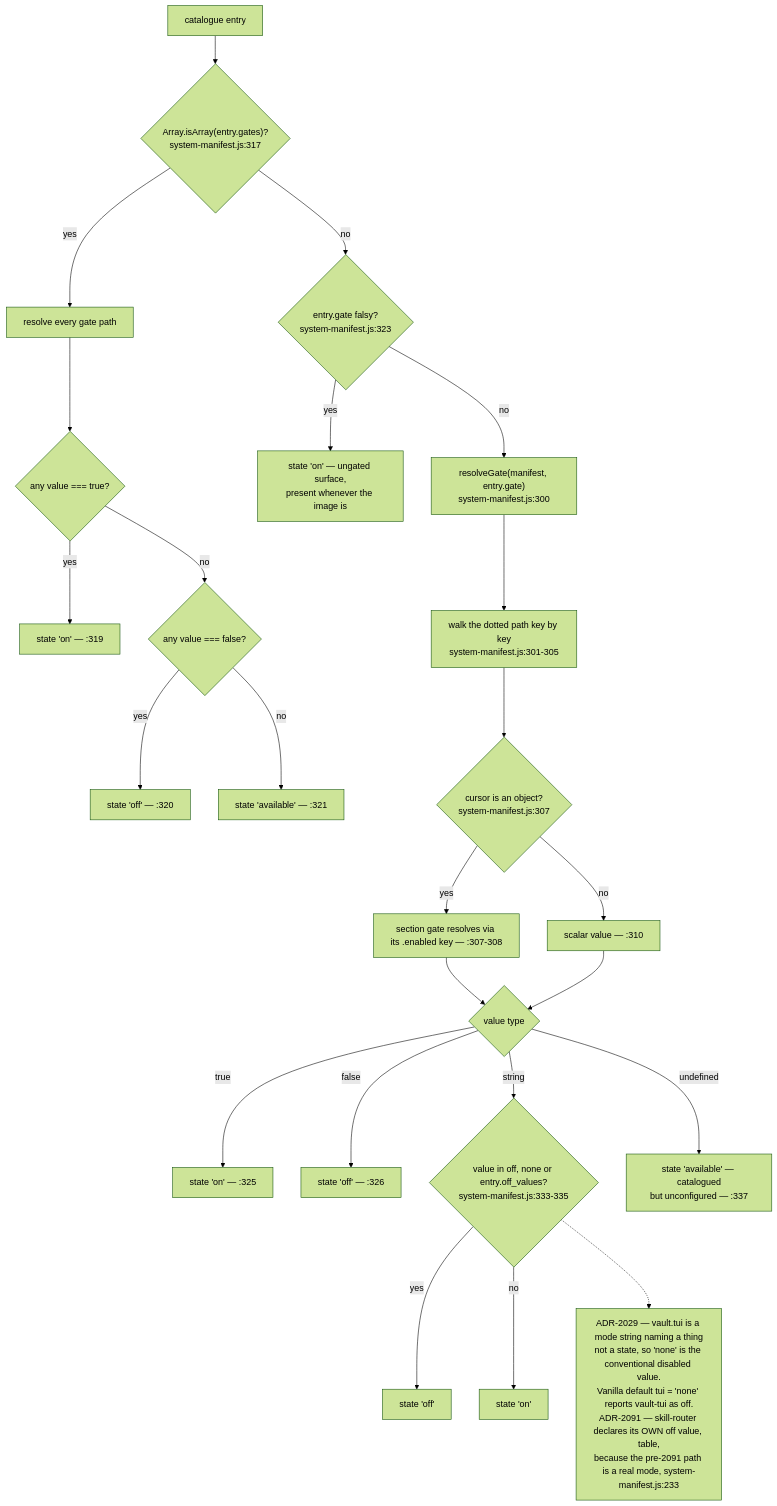
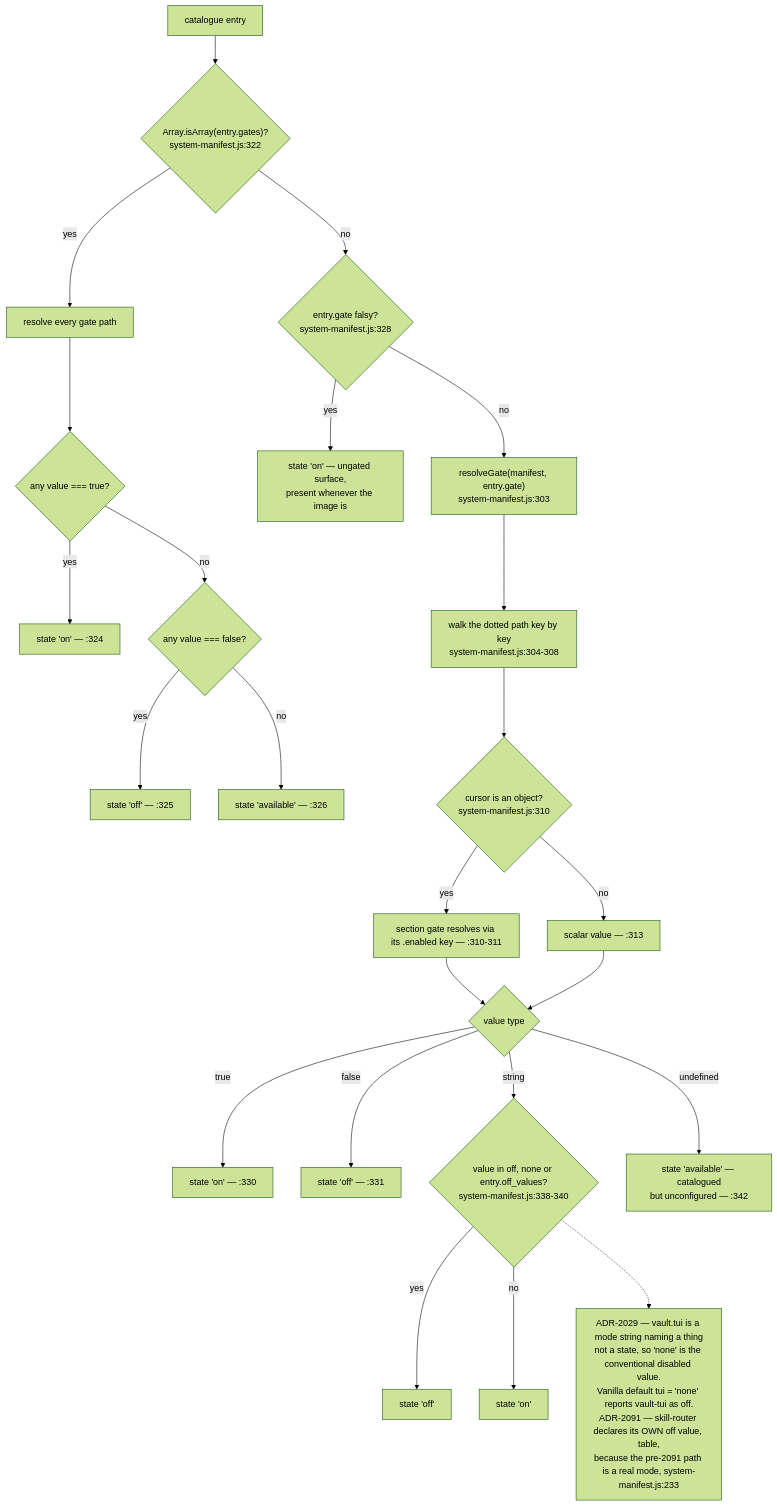
One commit to DreamLab-AI/VisionFlow changed the third of 14 diagrams in docs/diagrams/agentbox/05-manifest-gates-and-cli.md. Above: the diagram before and after it, drawn with Mermaid (forest theme). The commit also changed other lines of this file and 94 other files, not shown here.

First line of the commit message:
docs(diagrams): re-verify 130 topics against 2 October HEADs

````diff
--- a/docs/diagrams/agentbox/05-manifest-gates-and-cli.md
+++ b/docs/diagrams/agentbox/05-manifest-gates-and-cli.md
@@ -93,26 +93,26 @@
 ```mermaid
 flowchart TD
-    E["catalogue entry"] --> A{"Array.isArray(entry.gates)?<br/>system-manifest.js:317"}
+    E["catalogue entry"] --> A{"Array.isArray(entry.gates)?<br/>system-manifest.js:322"}
     A -->|yes| MG["resolve every gate path"]
     MG --> MG1{"any value === true?"}
-    MG1 -->|yes| ON1["state 'on' — :319"]
+    MG1 -->|yes| ON1["state 'on' — :324"]
     MG1 -->|no| MG2{"any value === false?"}
-    MG2 -->|yes| OFF1["state 'off' — :320"]
-    MG2 -->|no| AV1["state 'available' — :321"]
-    A -->|no| B{"entry.gate falsy?<br/>system-manifest.js:323"}
+    MG2 -->|yes| OFF1["state 'off' — :325"]
+    MG2 -->|no| AV1["state 'available' — :326"]
+    A -->|no| B{"entry.gate falsy?<br/>system-manifest.js:328"}
     B -->|yes| ON2["state 'on' — ungated surface,<br/>present whenever the image is"]
-    B -->|no| RG["resolveGate(manifest, entry.gate)<br/>system-manifest.js:300"]
-    RG --> W["walk the dotted path key by key<br/>system-manifest.js:301-305"]
-    W --> SEC{"cursor is an object?<br/>system-manifest.js:307"}
-    SEC -->|yes| SECE["section gate resolves via its .enabled key — :307-308"]
-    SEC -->|no| VAL["scalar value — :310"]
+    B -->|no| RG["resolveGate(manifest, entry.gate)<br/>system-manifest.js:303"]
+    RG --> W["walk the dotted path key by key<br/>system-manifest.js:304-308"]
+    W --> SEC{"cursor is an object?<br/>system-manifest.js:310"}
+    SEC -->|yes| SECE["section gate resolves via its .enabled key — :310-311"]
+    SEC -->|no| VAL["scalar value — :313"]
     SECE --> D
     VAL --> D{"value type"}
-    D -->|"true"| ON3["state 'on' — :325"]
-    D -->|"false"| OFF2["state 'off' — :326"]
-    D -->|"string"| MODE{"value in off, none or entry.off_values?<br/>system-manifest.js:333-335"}
-    D -->|"undefined"| AV2["state 'available' — catalogued<br/>but unconfigured — :337"]
+    D -->|"true"| ON3["state 'on' — :330"]
+    D -->|"false"| OFF2["state 'off' — :331"]
+    D -->|"string"| MODE{"value in off, none or entry.off_values?<br/>system-manifest.js:338-340"}
+    D -->|"undefined"| AV2["state 'available' — catalogued<br/>but unconfigured — :342"]
     MODE -->|yes| OFF3["state 'off'"]
     MODE -->|no| ON4["state 'on'"]
     MODE -.-> VT["ADR-2029 — vault.tui is a mode string naming a thing<br/>not a state, so 'none' is the conventional disabled value.<br/>Vanilla default tui = 'none' reports vault-tui as off.<br/>ADR-2091 — skill-router declares its OWN off value, table,<br/>because the pre-2091 path is a real mode, system-manifest.js:233"]
 ```
````
